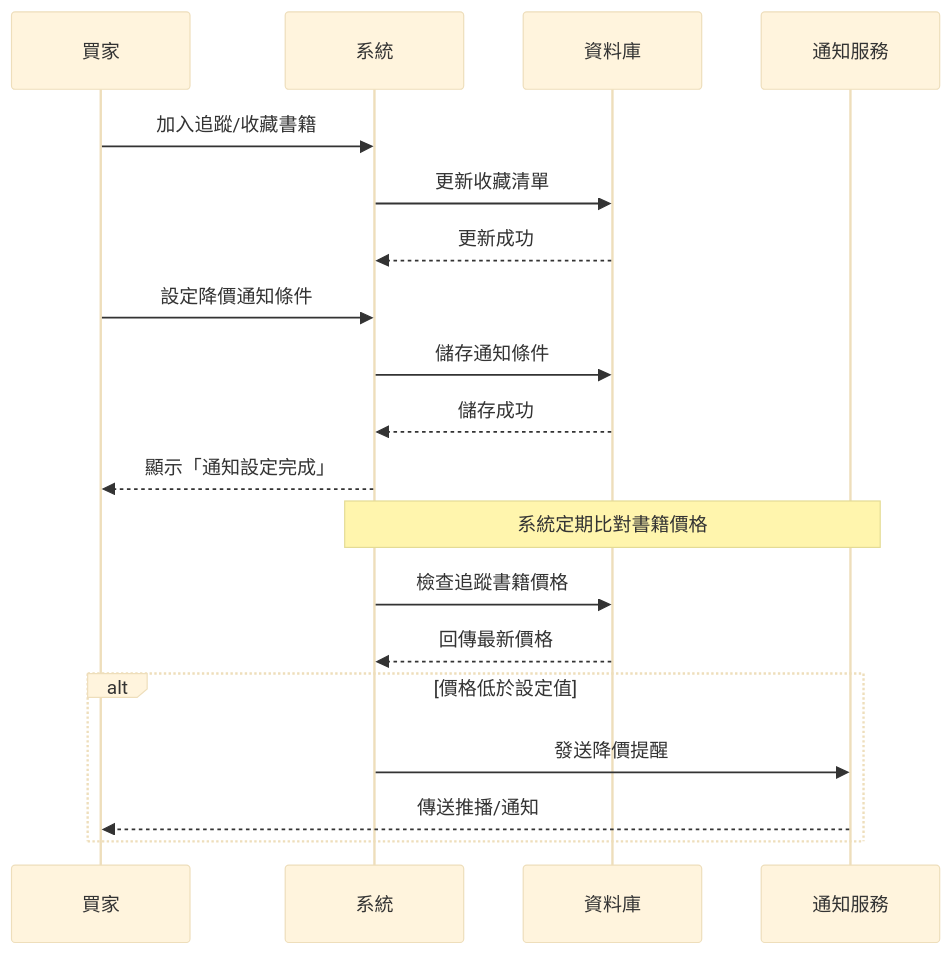
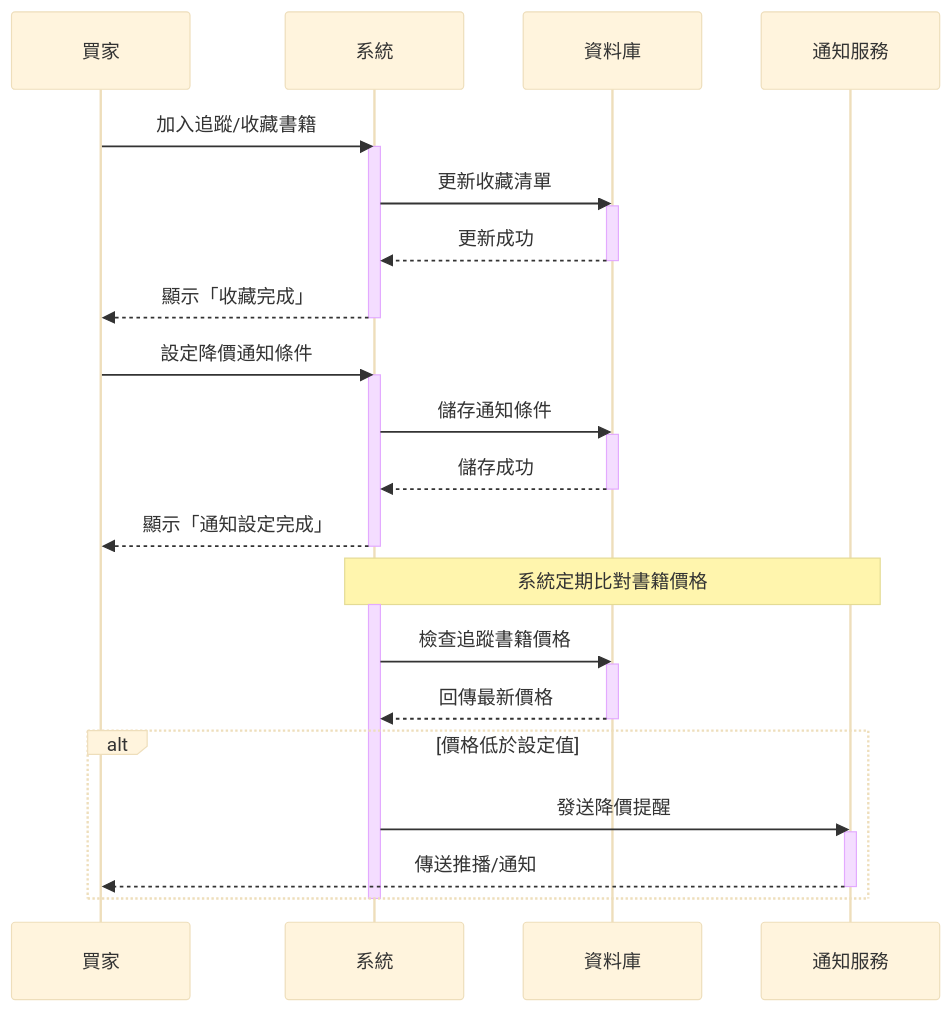
One commit to TEAM14-0633/team14_introduce changed the fourth of 4 diagrams in hw5.md. Above: the diagram before and after it, drawn with Mermaid (base theme). The commit also changed other lines of this file, not shown here.

Commit message:
Update activity diagrams for book management system

````diff
--- a/hw5.md
+++ b/hw5.md
@@ -172,25 +184,39 @@
 ```mermaid
 sequenceDiagram
     participant Buyer as 買家
     participant System as 系統
     participant DB as 資料庫
     participant Notify as 通知服務
 
     Buyer->>System: 加入追蹤/收藏書籍
+    activate System
     System->>DB: 更新收藏清單
+    activate DB
     DB-->>System: 更新成功
+    deactivate DB
+    System-->>Buyer: 顯示「收藏完成」
+    deactivate System
 
     Buyer->>System: 設定降價通知條件
+    activate System
     System->>DB: 儲存通知條件
+    activate DB
     DB-->>System: 儲存成功
-
+    deactivate DB
     System-->>Buyer: 顯示「通知設定完成」
+    deactivate System
 
     Note over System,Notify: 系統定期比對書籍價格
+    activate System
     System->>DB: 檢查追蹤書籍價格
+    activate DB
     DB-->>System: 回傳最新價格
+    deactivate DB
     alt 價格低於設定值
         System->>Notify: 發送降價提醒
+        activate Notify
         Notify-->>Buyer: 傳送推播/通知
+        deactivate Notify
     end
+    deactivate System
 ```
````
